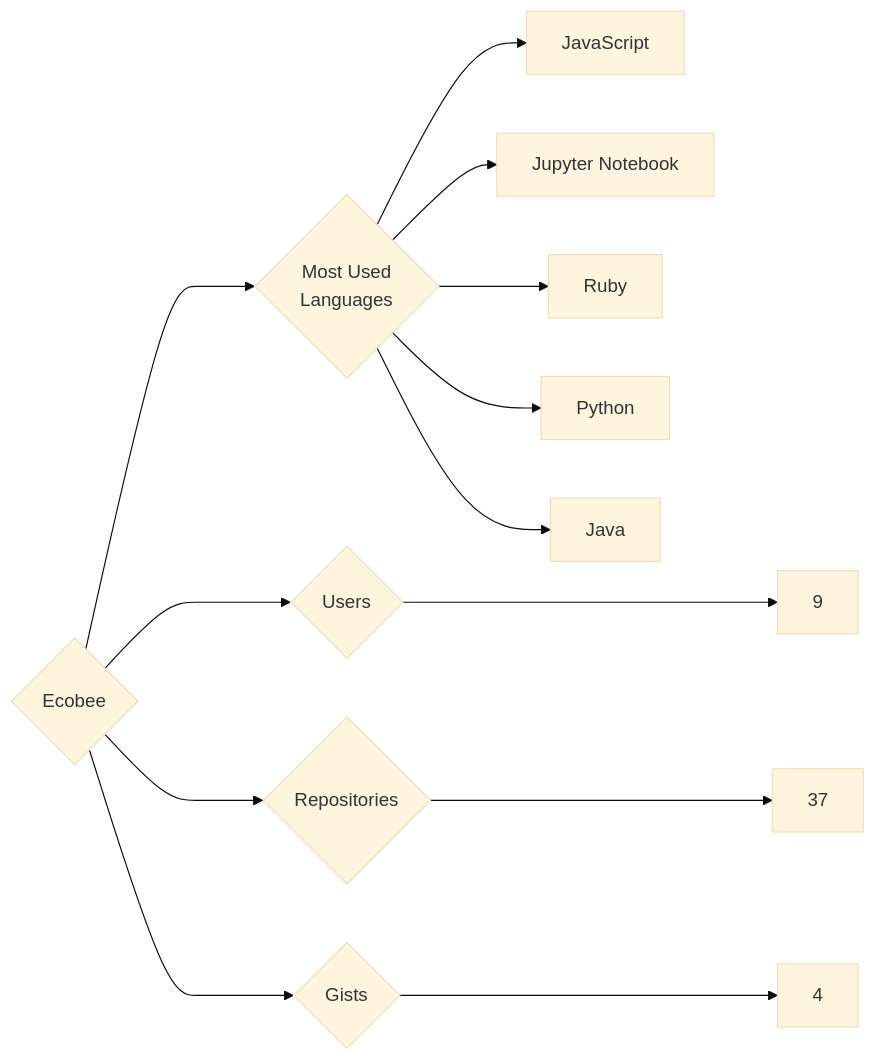
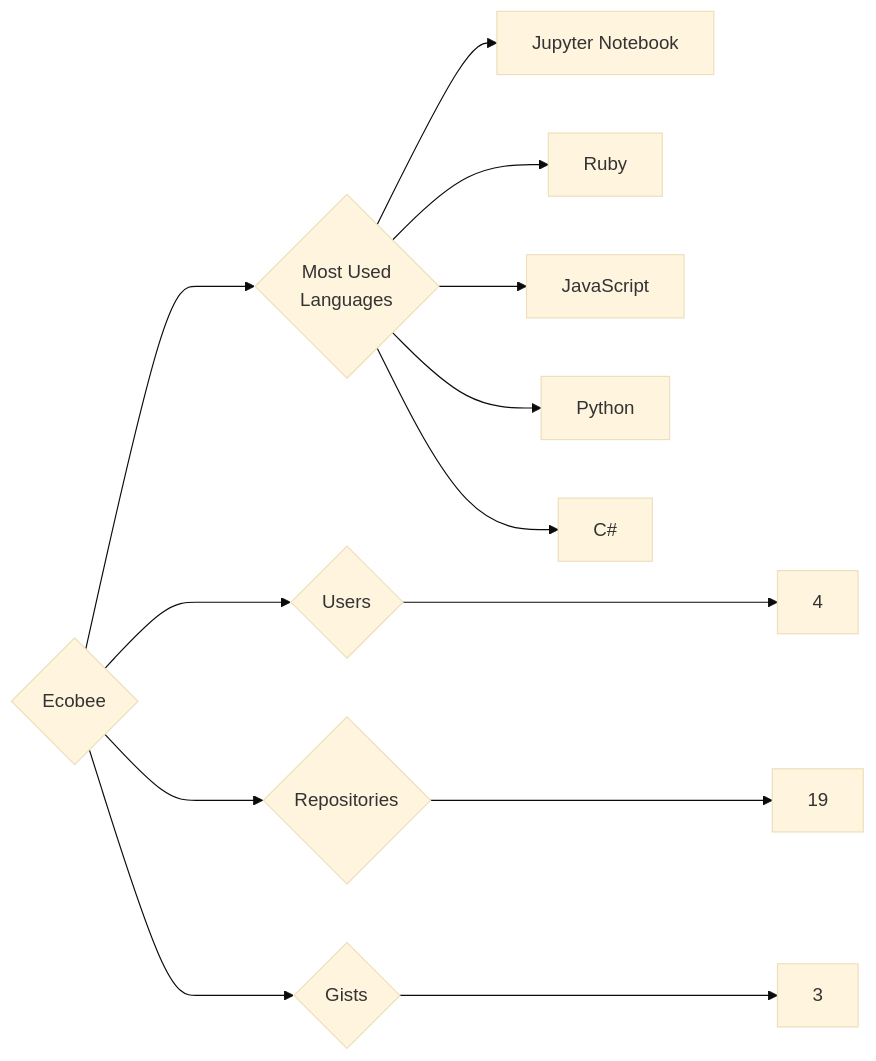
The diagram in targets/Ecobee/README.md (trickest/insiders), drawn with Mermaid (base theme) before and after one commit. The commit also changed 1078 other files, not shown here.

````diff
--- a/targets/Ecobee/README.md
+++ b/targets/Ecobee/README.md
@@ -3,13 +3,13 @@
 ```mermaid
 graph LR
 COMPANY_NAME{Ecobee}
-COMPANY_NAME ---> U{Users} ---> UN[9]
-COMPANY_NAME ---> R{Repositories} ---> RN[37]
-COMPANY_NAME ---> G{Gists} ---> GN[4]
+COMPANY_NAME ---> U{Users} ---> UN[4]
+COMPANY_NAME ---> R{Repositories} ---> RN[19]
+COMPANY_NAME ---> G{Gists} ---> GN[3]
 COMPANY_NAME ---> ML{Most Used<br>Languages}
-ML --> JavaScript[JavaScript]
 ML --> Jupyter_Notebook[Jupyter Notebook]
 ML --> Ruby[Ruby]
+ML --> JavaScript[JavaScript]
 ML --> Python[Python]
-ML --> Java[Java]
+ML --> C#[C#]
 ```
````
